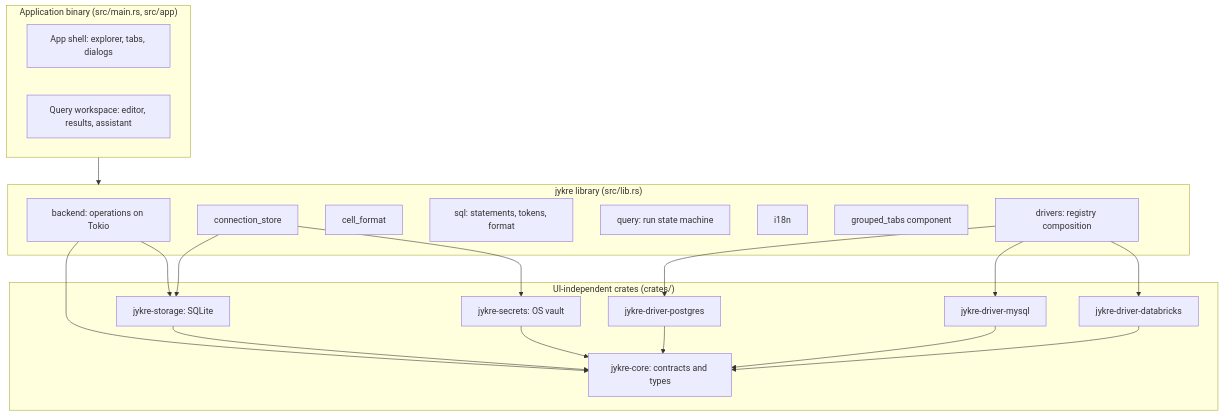
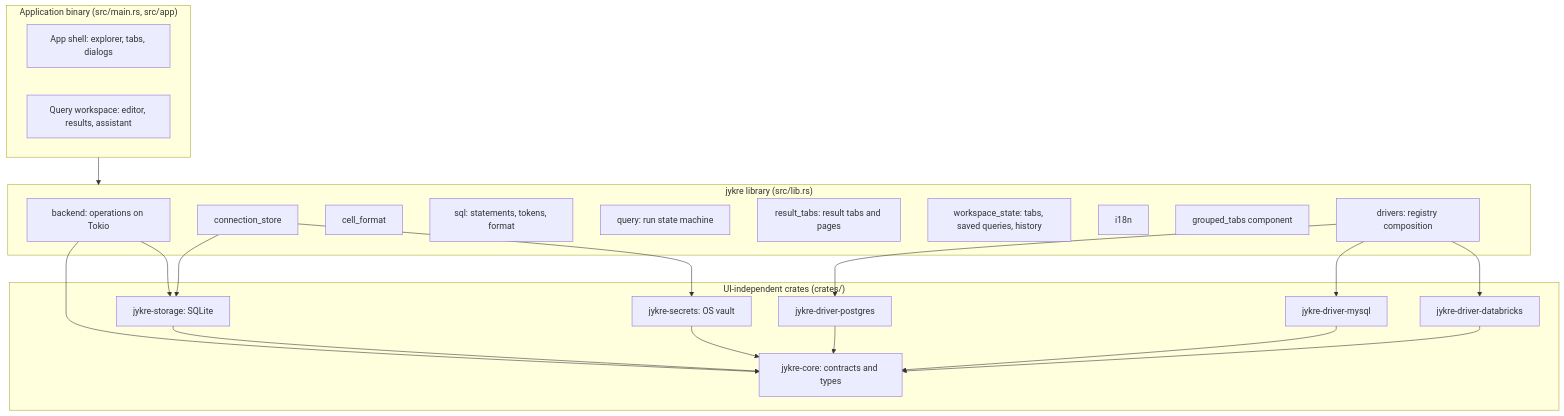
The first of 2 diagrams in docs/architecture.md (alandariva/jovru), drawn with Mermaid before and after one commit. The commit also changed other lines of this file and 27 other files, not shown here.

````diff
--- a/docs/architecture.md
+++ b/docs/architecture.md
@@ -11,41 +11,43 @@
 ```mermaid
 flowchart TB
     subgraph Bin["Application binary (src/main.rs, src/app)"]
         Shell[App shell: explorer, tabs, dialogs]
         Workspace[Query workspace: editor, results, assistant]
     end
 
     subgraph Lib["jykre library (src/lib.rs)"]
         Backend[backend: operations on Tokio]
         Store[connection_store]
         Format[cell_format]
         Sql[sql: statements, tokens, format]
         Query[query: run state machine]
+        Results[result_tabs: result tabs and pages]
+        State[workspace_state: tabs, saved queries, history]
         I18n[i18n]
         Tabs[grouped_tabs component]
         Drivers[drivers: registry composition]
     end
 
     subgraph Crates["UI-independent crates (crates/)"]
         Core[jykre-core: contracts and types]
         Storage[jykre-storage: SQLite]
         Secrets[jykre-secrets: OS vault]
         PG[jykre-driver-postgres]
         MY[jykre-driver-mysql]
         DBX[jykre-driver-databricks]
     end
 
     Bin --> Lib
     Backend --> Core
     Backend --> Storage
     Store --> Storage
     Store --> Secrets
     Drivers --> PG
     Drivers --> MY
     Drivers --> DBX
     Storage --> Core
     Secrets --> Core
     PG --> Core
     MY --> Core
     DBX --> Core
 ```
````
